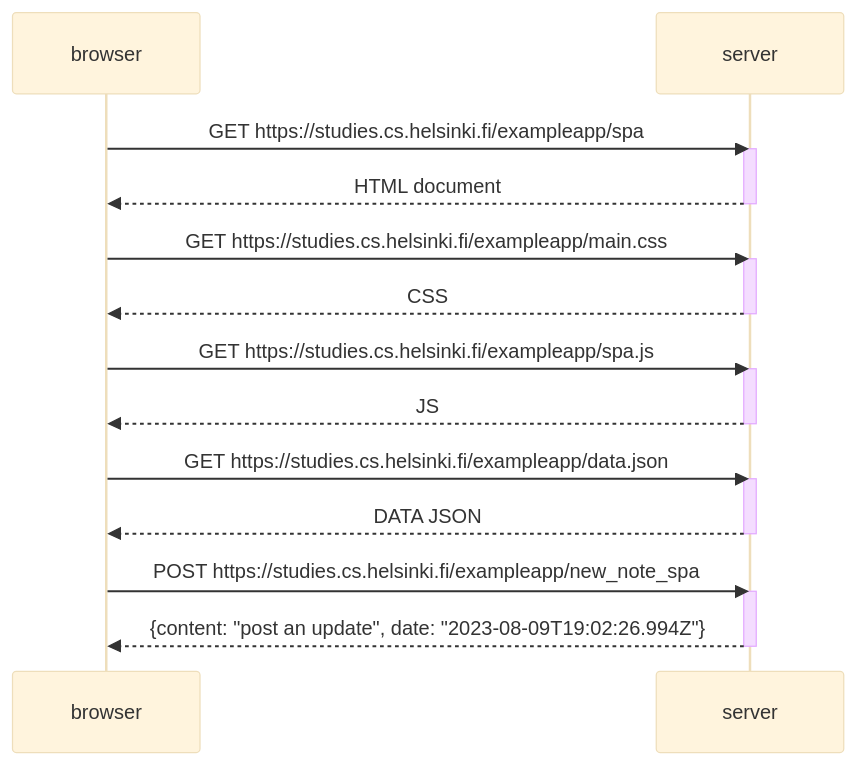
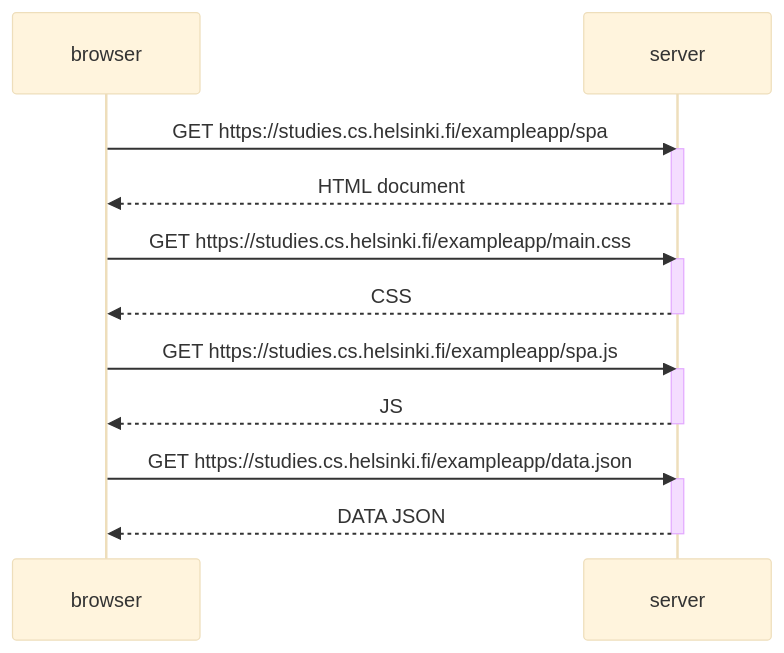
Before and after one commit to Justin822/fullstackopen: the diagram in part0/05 SPA note diagram.md, drawn with Mermaid (base theme).

Commit message:
05 SPA note diagram.md

````diff
--- a/part0/05 SPA note diagram.md
+++ b/part0/05 SPA note diagram.md
@@ -1,33 +1,30 @@
 ```mermaid
 
 sequenceDiagram
     participant browser
     participant server
 
     browser->>server: GET https://studies.cs.helsinki.fi/exampleapp/spa
     activate server
     server-->>browser: HTML document
     deactivate server
 
     browser->>server: GET https://studies.cs.helsinki.fi/exampleapp/main.css
     activate server
     server-->>browser: CSS
     deactivate server
 
     browser->>server: GET https://studies.cs.helsinki.fi/exampleapp/spa.js
     activate server
     server-->>browser: JS
     deactivate server
 
     browser->>server: GET https://studies.cs.helsinki.fi/exampleapp/data.json
     activate server
     server-->>browser: DATA JSON
     deactivate server
 
-    browser->>server: POST https://studies.cs.helsinki.fi/exampleapp/new_note_spa
-    activate server
-    server-->>browser: {content: "post an update", date: "2023-08-09T19:02:26.994Z"}
-    deactivate server
+
 
 
 ```
````
